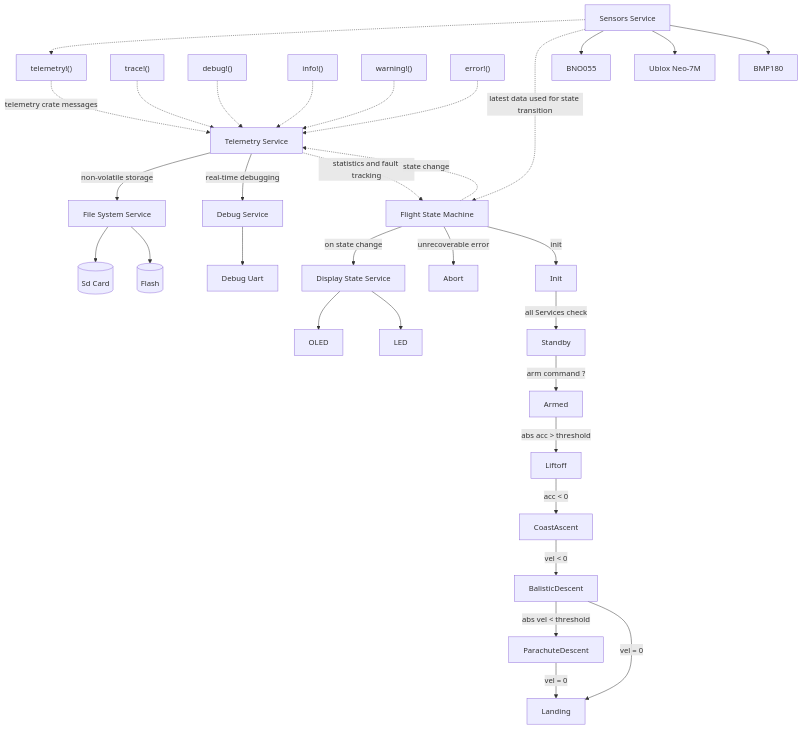
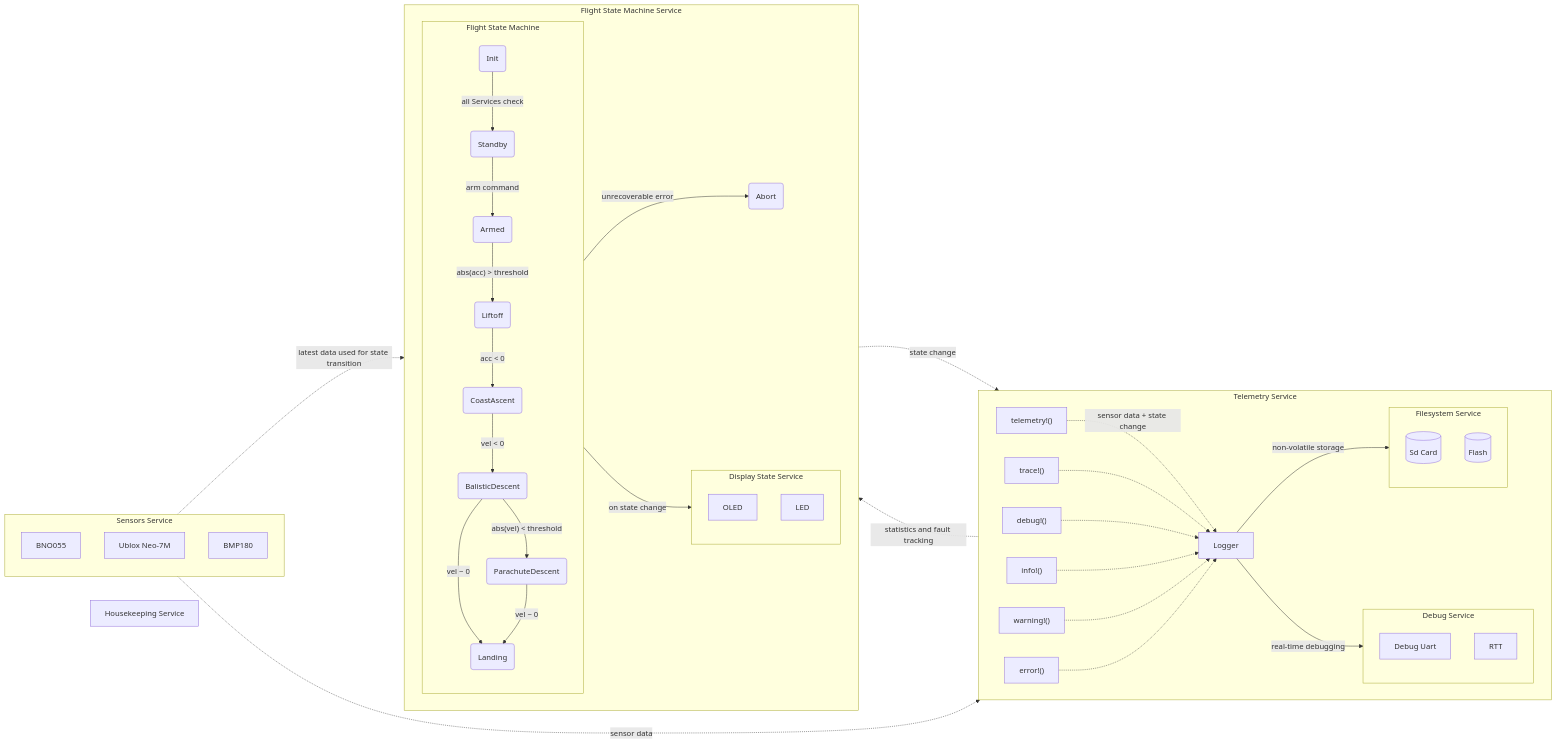
One commit to PedromcaMartins/Model-Rocket-Flight-Computer changed the diagram in docs/architecture.mmd. Above: the diagram before and after it, drawn with Mermaid. The commit also changed 1 other file, not shown here.

Commit message:
refactor diagram: adding subgraphs

```diff
--- a/docs/architecture.mmd
+++ b/docs/architecture.mmd
@@ -1,64 +1,68 @@
-flowchart TD
-    macro_telemetry["telemetry!()"] -.telemetry crate messages.-> TelemService
-    macro_trace["trace!()"] -.-> TelemService
-    macro_debug["debug!()"] -.-> TelemService
-    macro_info["info!()"] -.-> TelemService
-    macro_warning["warning!()"] -.-> TelemService
-    macro_error["error!()"] -.-> TelemService
-    TelemService[Telemetry Service]
-    TelemService --non-volatile storage--> FileSystem
-    TelemService --real-time debugging--> DebugService
-    TelemService -.statistics and fault tracking.-> State
+flowchart LR
+    HouseKeepingService[Housekeeping Service]
 
-    FileSystem[File System Service]
-    FileSystem --> SdCard
-    FileSystem --> Flash
+    SensorsService -.latest data used for state transition.-> StateMachineService
+    TelemetryService -.statistics and fault tracking.-> StateMachineService
 
-    %% DeviceDrivers[Device Drivers]
-    IMU[BNO055]
-    GPS[Ublox Neo-7M]
-    Barometer[BMP180]
-    DebugUart[Debug Uart]
-    SdCard[(Sd Card)]
-    Flash[(Flash)]
-    OLED
-    LED
+    StateMachineService -.state change.-> TelemetryService
+    SensorsService -.sensor data.-> TelemetryService
 
-    DebugService[Debug Service]
-    DebugService --> DebugUart
+    subgraph SensorsService[Sensors Service]
+        IMU[BNO055]
+        GPS[Ublox Neo-7M]
+        Barometer[BMP180]
+    end
 
-    State[Flight State Machine]
-    State --"on state change"--> DisplayStateService
-    State --unrecoverable error--> Abort
+    subgraph TelemetryService[Telemetry Service]
+        direction LR
+        macro_telemetry["telemetry!()"] -."sensor data + state change".-> Logger
+        macro_trace["trace!()"] -.-> Logger
+        macro_debug["debug!()"] -.-> Logger
+        macro_info["info!()"] -.-> Logger
+        macro_warning["warning!()"] -.-> Logger
+        macro_error["error!()"] -.-> Logger
 
-    DisplayStateService[Display State Service]
-    DisplayStateService --> OLED
-    DisplayStateService --> LED
+        Logger --real-time debugging--> DebugService
+        Logger --non-volatile storage--> FileSystemService
 
-    State --init--> Init
-    Init --all Services check--> Standby
-    Standby --arm command ?--> Armed
-    Armed --abs acc > threshold--> Liftoff
-    Liftoff --acc < 0--> CoastAscent
-    CoastAscent --vel < 0--> BalisticDescent
-    BalisticDescent --abs vel < threshold --> ParachuteDescent
-    BalisticDescent --vel = 0 --> Landing
-    ParachuteDescent --vel = 0--> Landing
-    State -.state change.-> TelemService
+        Logger[Logger]
 
-    SensorsService[Sensors Service]
-    SensorsService -.-> macro_telemetry
-    SensorsService -.latest data used for state transition.-> State
-    SensorsService --> IMU
-    SensorsService --> GPS
-    SensorsService --> Barometer
+        subgraph DebugService[Debug Service]
+            direction TB
+            DebugUart[Debug Uart]
+            DebugRTT[RTT]
+        end
 
-%% File System Service and Debug Service receive new data from Telemetry Service via Channel. 
-%% Threads: Sd Card, Flash, Debug Uart
+        subgraph FileSystemService[Filesystem Service]
+            direction TB
+            SdCard[(Sd Card)]
+            Flash[(Flash)]
+        end
+    end
 
-%% In case of Err in any of the threads, Telemetry Service should receive it, and attemp to restart the threads
-%% This could be accomplished by a housekeeping thread, instead of the Telemetry Service
+    subgraph StateMachineService[Flight State Machine Service]
+        direction LR
+        StateMachine --unrecoverable error--> Abort
+        StateMachine --"on state change"--> DisplayStateService
 
-%% Display State Service works the same way, but receives new data from Flight State Machine. 
+        Abort(Abort)
 
-%% Flight State machine need sensor data. It should subscribe to the data it needs. 
+        subgraph DisplayStateService[Display State Service]
+            direction TB
+            OLED
+            LED
+        end
+
+        subgraph StateMachine[Flight State Machine]
+            direction TB
+            Init(Init) --all Services check--> Standby
+            Standby(Standby) --arm command--> Armed
+            Armed(Armed) --"abs(acc) > threshold"--> Liftoff
+            Liftoff(Liftoff) --acc < 0--> CoastAscent
+            CoastAscent(CoastAscent) --vel < 0--> BalisticDescent
+            BalisticDescent(BalisticDescent) --"abs(vel) < threshold"--> ParachuteDescent
+            BalisticDescent(BalisticDescent) --"vel ~ 0"--> Landing
+            ParachuteDescent(ParachuteDescent) --"vel ~ 0"--> Landing
+            Landing(Landing)
+        end
+    end
```
